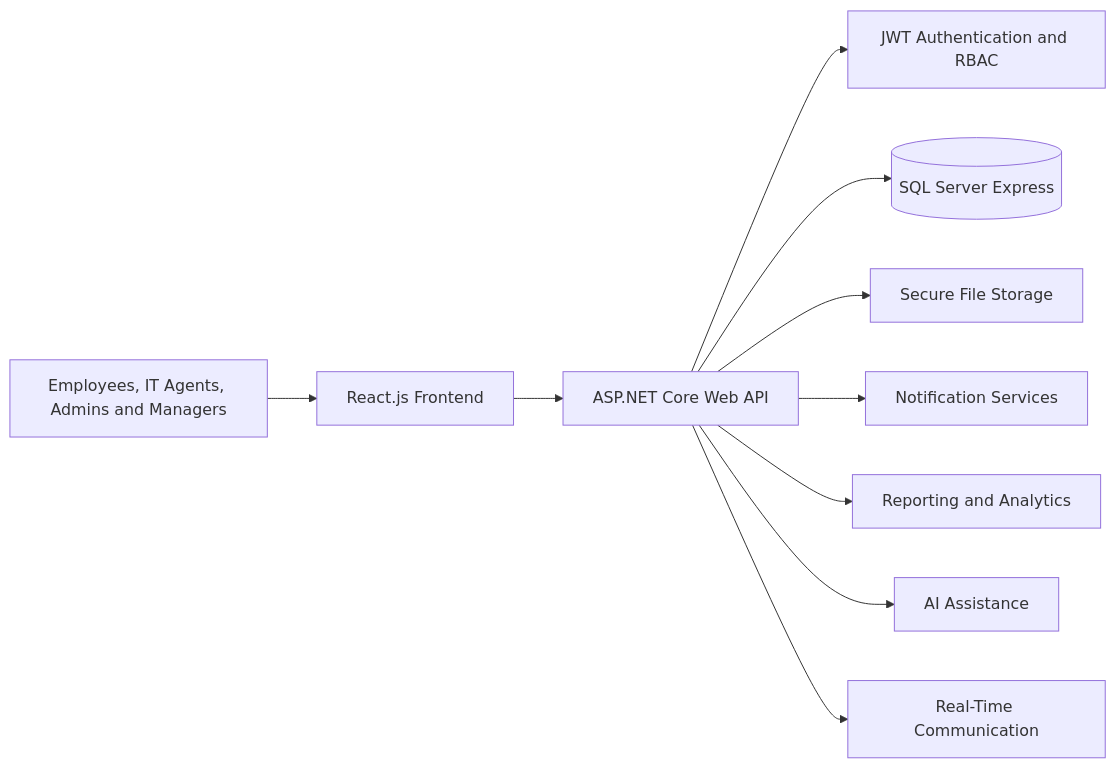
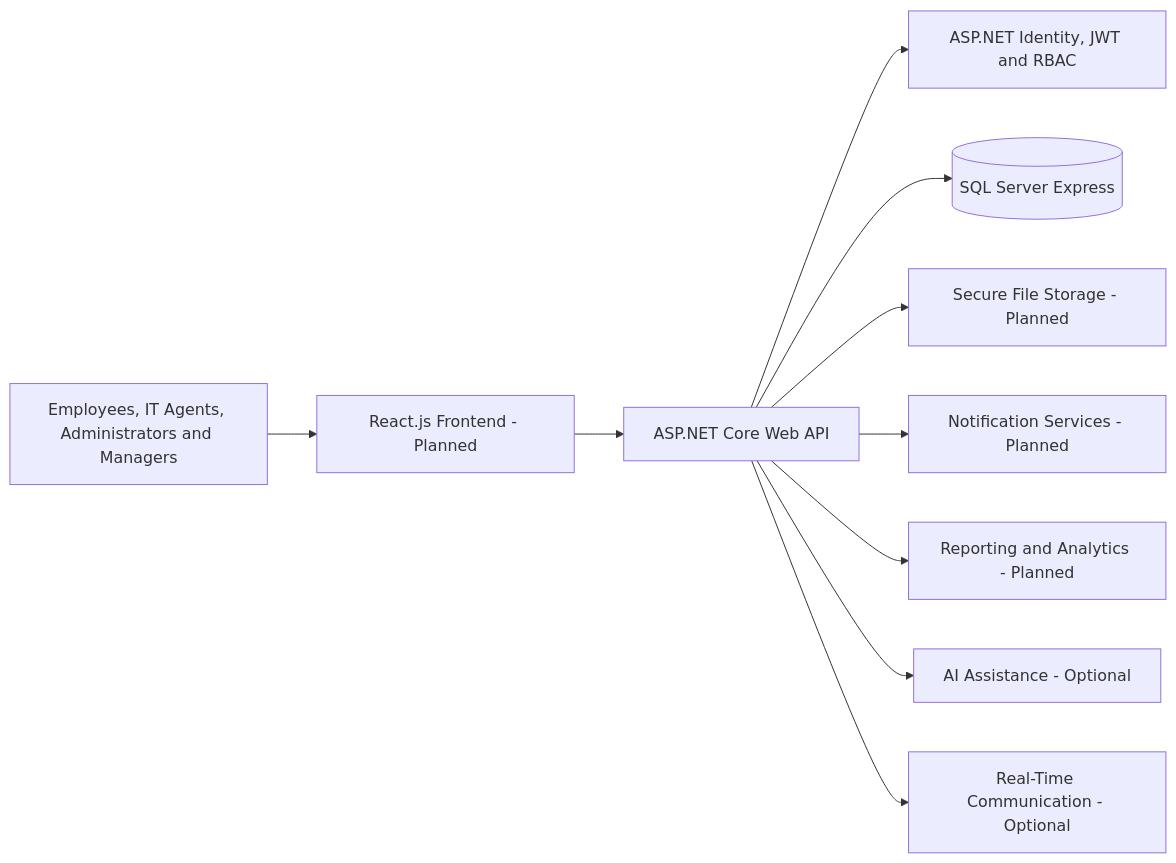
Before and after one commit to fatimaghannam/ResolveHub: the second of 2 diagrams in README.md, drawn with Mermaid. The commit also changed other lines of this file, not shown here.

````diff
--- a/README.md
+++ b/README.md
@@ -367,23 +455,23 @@
 ```mermaid
 flowchart LR
-    U[Employees, IT Agents, Admins and Managers]
-    F[React.js Frontend]
+    U[Employees, IT Agents, Administrators and Managers]
+    F[React.js Frontend - Planned]
     A[ASP.NET Core Web API]
-    AUTH[JWT Authentication and RBAC]
+    AUTH[ASP.NET Identity, JWT and RBAC]
     DB[(SQL Server Express)]
-    FILES[Secure File Storage]
-    NOTIFY[Notification Services]
-    REPORTS[Reporting and Analytics]
-    AI[AI Assistance]
-    CHAT[Real-Time Communication]
+    FILES[Secure File Storage - Planned]
+    NOTIFY[Notification Services - Planned]
+    REPORTS[Reporting and Analytics - Planned]
+    AI[AI Assistance - Optional]
+    CHAT[Real-Time Communication - Optional]
 
     U --> F
     F --> A
     A --> AUTH
     A --> DB
     A --> FILES
     A --> NOTIFY
     A --> REPORTS
     A --> AI
     A --> CHAT
 ```
````
